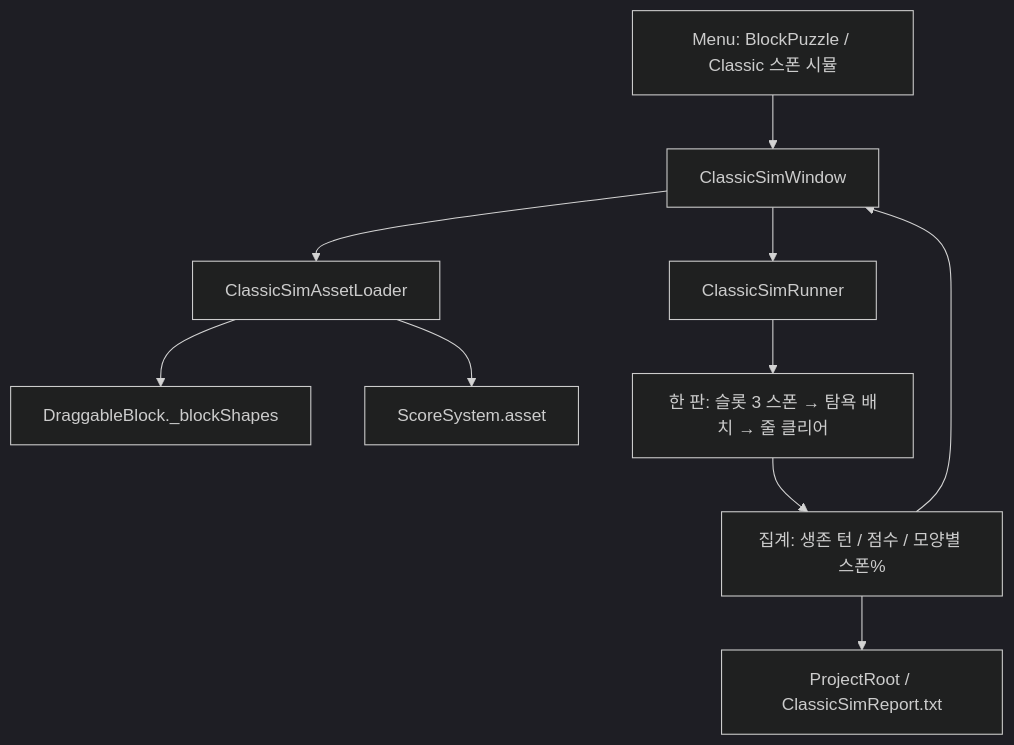
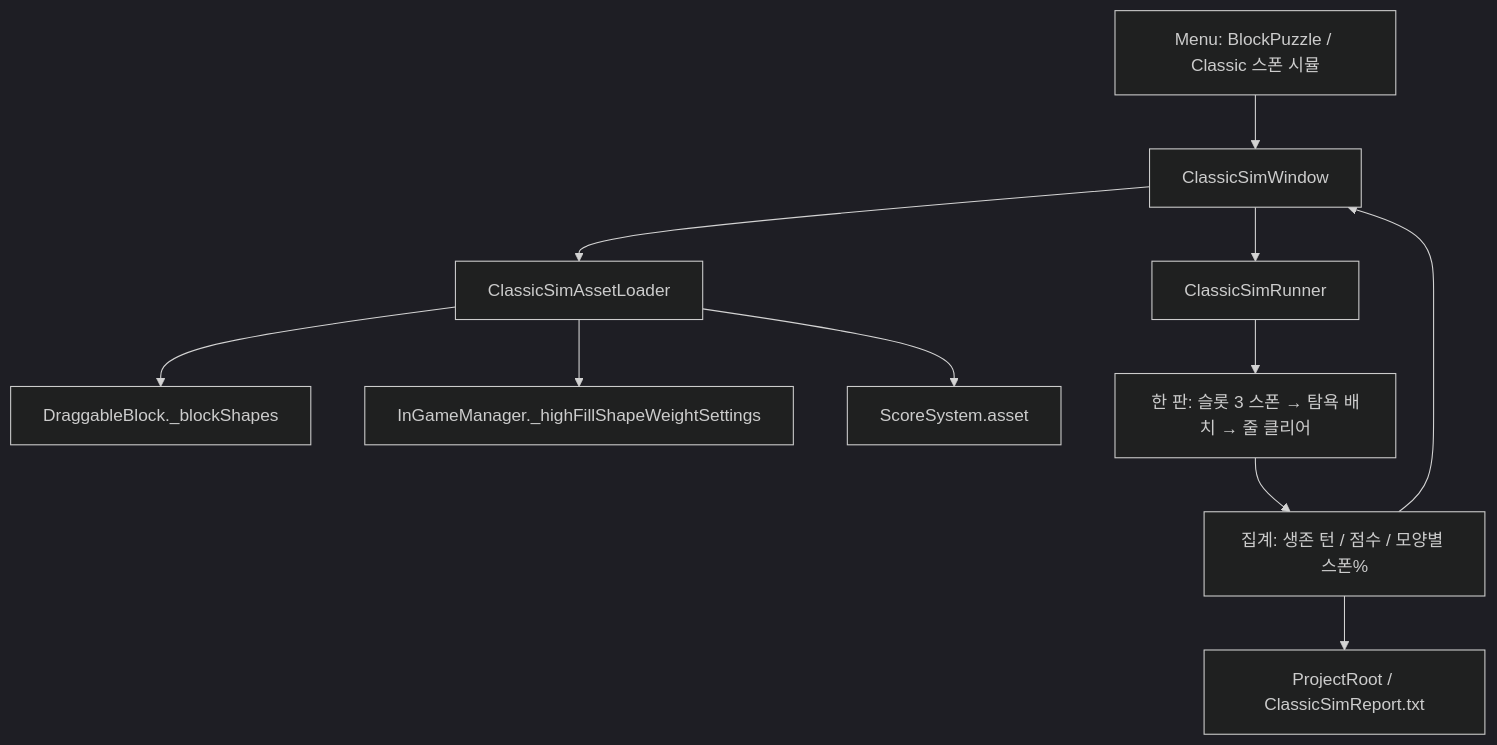
The first of 2 diagrams in docs/diagrams/classic-sim.md (chlghksgml01/BlockPuzzle), drawn with Mermaid (dark theme) before and after one commit. The commit also changed other lines of this file and 9 other files, not shown here.

Commit message:
refactor: HighFillShapeWeightSettings 추가

````diff
--- a/docs/diagrams/classic-sim.md
+++ b/docs/diagrams/classic-sim.md
@@ -23,22 +23,24 @@
 ```mermaid
 flowchart TD
   MENU["Menu: BlockPuzzle / Classic 스폰 시뮬"]
   WIN[ClassicSimWindow]
   LOAD[ClassicSimAssetLoader]
   SHAPE["DraggableBlock._blockShapes"]
+  WEIGHT["InGameManager._highFillShapeWeightSettings"]
   SCORE["ScoreSystem.asset"]
   RUN[ClassicSimRunner]
   GAME["한 판: 슬롯 3 스폰 → 탐욕 배치 → 줄 클리어"]
   STAT[집계: 생존 턴 / 점수 / 모양별 스폰%]
   FILE["ProjectRoot / ClassicSimReport.txt"]
 
   MENU --> WIN
   WIN --> LOAD
   LOAD --> SHAPE
+  LOAD --> WEIGHT
   LOAD --> SCORE
   WIN --> RUN
   RUN --> GAME
   GAME --> STAT
   STAT --> FILE
   STAT --> WIN
 ```
````
